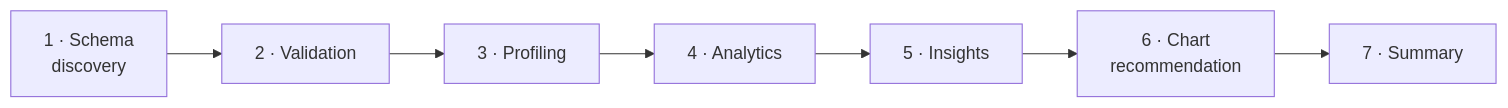
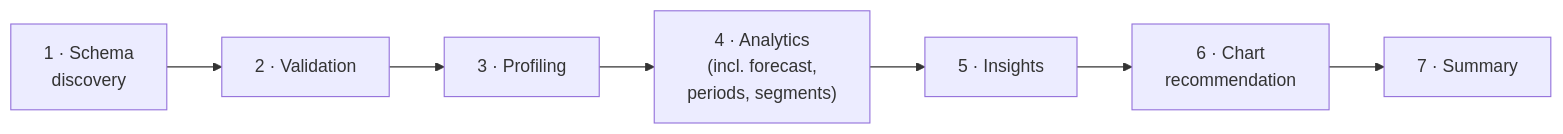
Before and after one commit to sahebansari/TerraFluent.Chart.Reporting: the third of 3 diagrams in docs/web-app/README.md, drawn with Mermaid. The commit also changed other lines of this file and 76 other files, not shown here.

````diff
--- a/docs/web-app/README.md
+++ b/docs/web-app/README.md
@@ -317,9 +428,9 @@
 ```mermaid
 flowchart LR
     P1["1 · Schema<br/>discovery"] --> P2["2 · Validation"]
     P2 --> P3["3 · Profiling"]
-    P3 --> P4["4 · Analytics"]
+    P3 --> P4["4 · Analytics<br/>(incl. forecast,<br/>periods, segments)"]
     P4 --> P5["5 · Insights"]
     P5 --> P6["6 · Chart<br/>recommendation"]
     P6 --> P7["7 · Summary"]
 ```
````
